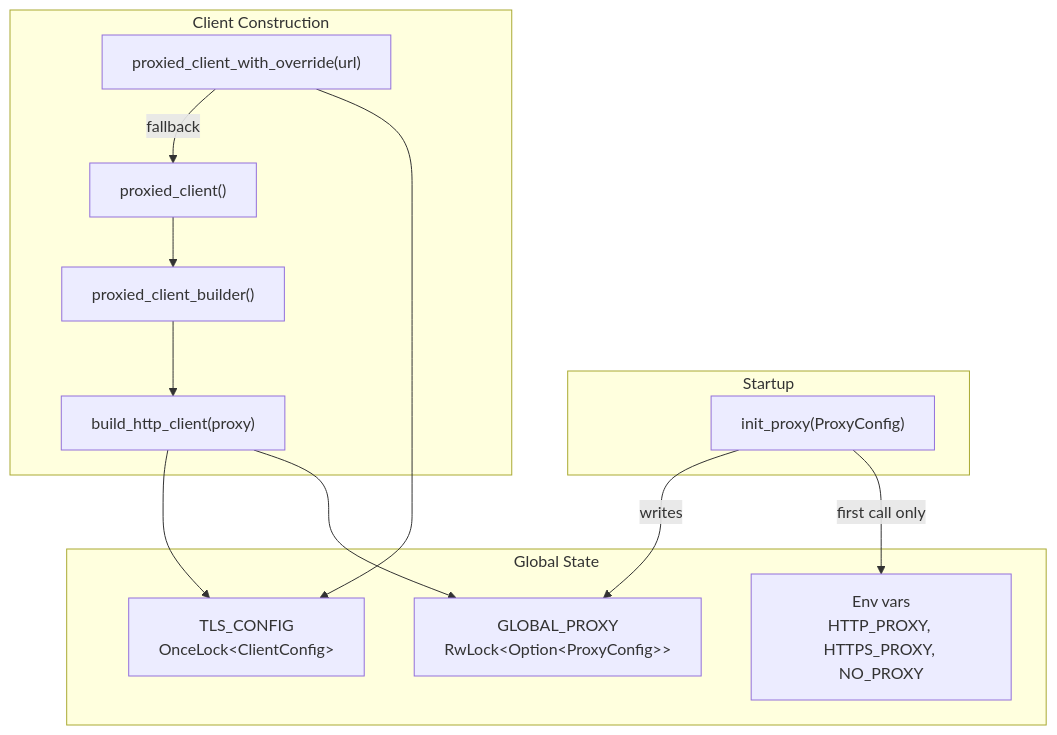
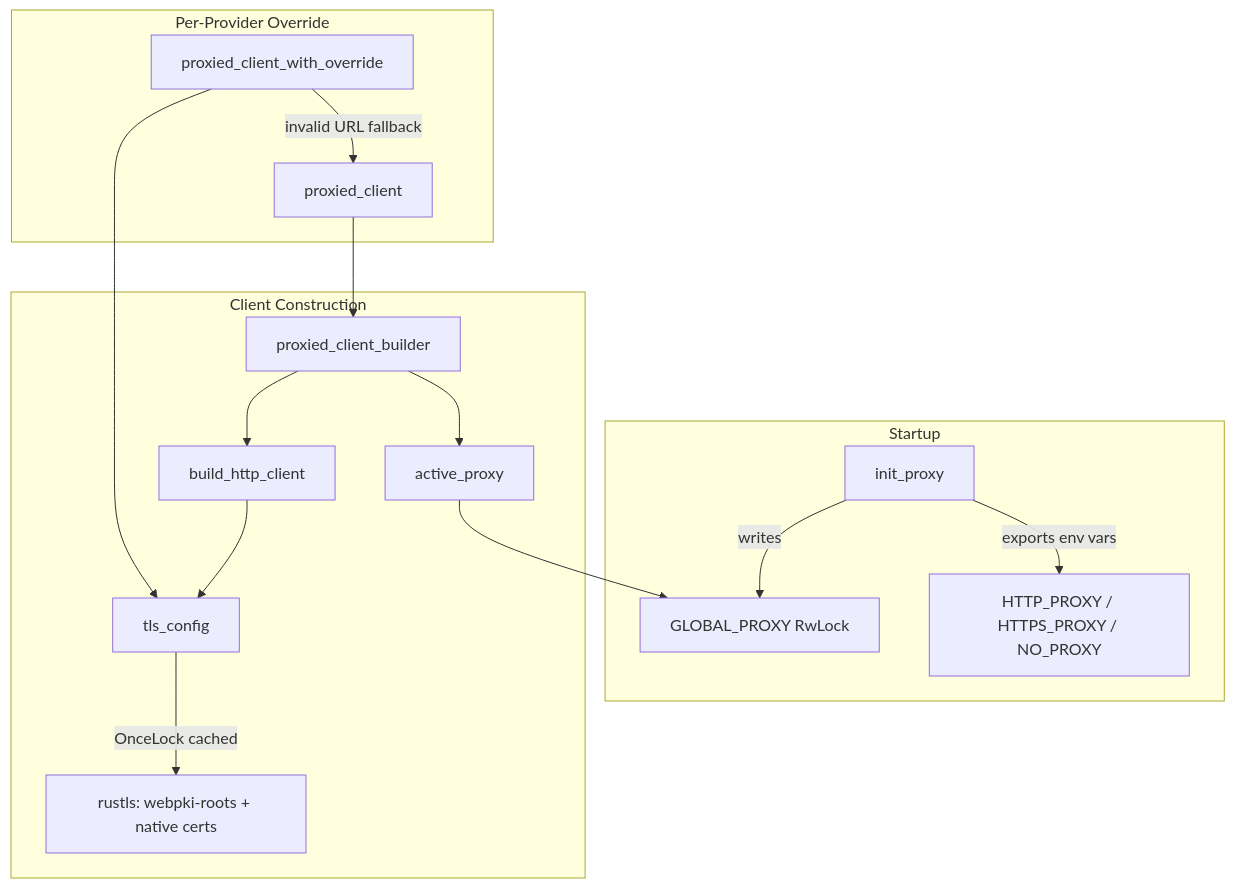
Before and after one commit to leszek3737/librefang-WIki: the diagram in shared-infrastructure-librefang-http-src.md, drawn with Mermaid. The commit also changed other lines of this file and 98 other files, not shown here.

````diff
--- a/shared-infrastructure-librefang-http-src.md
+++ b/shared-infrastructure-librefang-http-src.md
@@ -19,28 +18,22 @@
 ```mermaid
-graph TD
-    subgraph "Startup"
-        A["init_proxy(ProxyConfig)"]
-    end
-
-    subgraph "Global State"
-        B["GLOBAL_PROXY\nRwLock&lt;Option&lt;ProxyConfig&gt;&gt;"]
-        C["TLS_CONFIG\nOnceLock&lt;ClientConfig&gt;"]
-        D["Env vars\nHTTP_PROXY, HTTPS_PROXY, NO_PROXY"]
+flowchart TD
+    subgraph Startup
+        A[init_proxy] -->|writes| G[GLOBAL_PROXY RwLock]
+        A -->|exports env vars| ENV["HTTP_PROXY / HTTPS_PROXY / NO_PROXY"]
     end
 
     subgraph "Client Construction"
-        E["proxied_client()"]
-        F["proxied_client_builder()"]
-        G["proxied_client_with_override(url)"]
-        H["build_http_client(proxy)"]
+        PCB[proxied_client_builder] --> AP[active_proxy]
+        AP --> G
+        PCB --> BHC[build_http_client]
+        BHC --> TC[tls_config]
+        TC -->|OnceLock cached| TLS["rustls: webpki-roots + native certs"]
     end
 
-    A -->|"writes"| B
-    A -->|"first call only"| D
-    F --> H
-    H --> C
-    H --> B
-    E --> F
-    G -->|"fallback"| E
-    G --> C
+    subgraph "Per-Provider Override"
+        PCO[proxied_client_with_override] --> TC
+        PCO -->|invalid URL fallback| PC[proxied_client]
+    end
+
+    PC --> PCB
 ```
````
